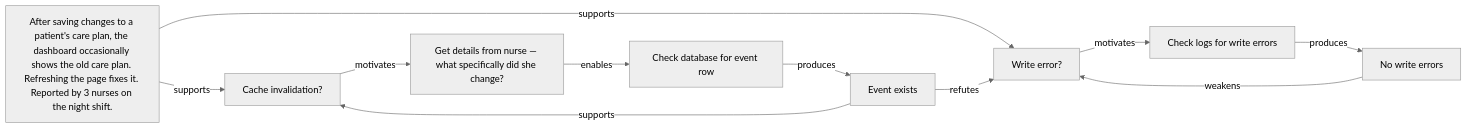
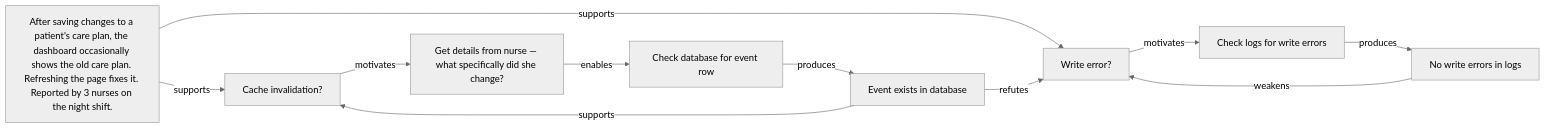
The diagram in diagrams/bug.mmd (kahunacohen/why), drawn with Mermaid (neutral theme) before and after one commit.

Commit message:
reorg of bug

```diff
--- a/diagrams/bug.mmd
+++ b/diagrams/bug.mmd
@@ -1,31 +1,52 @@
 %% Bug report: After saving changes to a patient's care plan, the dashboard occasionally shows the old care plan. Refreshing the page fixes it. Reported by 3 nurses on the night shift.
 %% Root cause: The care plan save endpoint updates a care_plan_notes table but doesn't touch the main care_plans record. The cache invalidation job checks care_plans.updated_at to decide what to evict. Since that timestamp never changes, the job skips it, and the cache keeps
 %% serving the old care plan.
 
 flowchart LR
 
+%% =====================================================
+%% Initial complaint
+%% =====================================================
+
 B1["After saving changes to a patient's care plan, the dashboard occasionally shows the old care plan. Refreshing the page fixes it. Reported by 3 nurses on the night shift."]
+
+%% =====================================================
+%% Initial hypotheses
+%% =====================================================
+
 H1["Write error?"]
 H2["Cache invalidation?"]
 
-B1 --> |supports| H1
-B1 --> |supports| H2
+B1 -->|supports| H1
+B1 -->|supports| H2
+
+%% =====================================================
+%% Investigating H1 — write error
+%% =====================================================
 
 A1["Check logs for write errors"]
-H1 --> |motivates| A1
+H1 -->|motivates| A1
 
-O1["No write errors"]
-A1 --> |produces| O1
-O1 --> |weakens| H1
+O1["No write errors in logs"]
+A1 -->|produces| O1
+O1 -->|weakens| H1
 
-H2--> |motivates| A2
+%% =====================================================
+%% Investigating H2 — cache invalidation
+%% =====================================================
 
 A2["Get details from nurse — what specifically did she change?"]
+H2 -->|motivates| A2
+
 A3["Check database for event row"]
-A2 --> |enables| A3 
+A2 -->|enables| A3
 
-O2["Event exists"]
-A3 --> |produces| O2
+O2["Event exists in database"]
+A3 -->|produces| O2
 
-O2 --> |refutes| H1
-O2 --> |supports| H2
+%% =====================================================
+%% Evidence updates hypotheses
+%% =====================================================
+
+O2 -->|refutes| H1
+O2 -->|supports| H2
```
